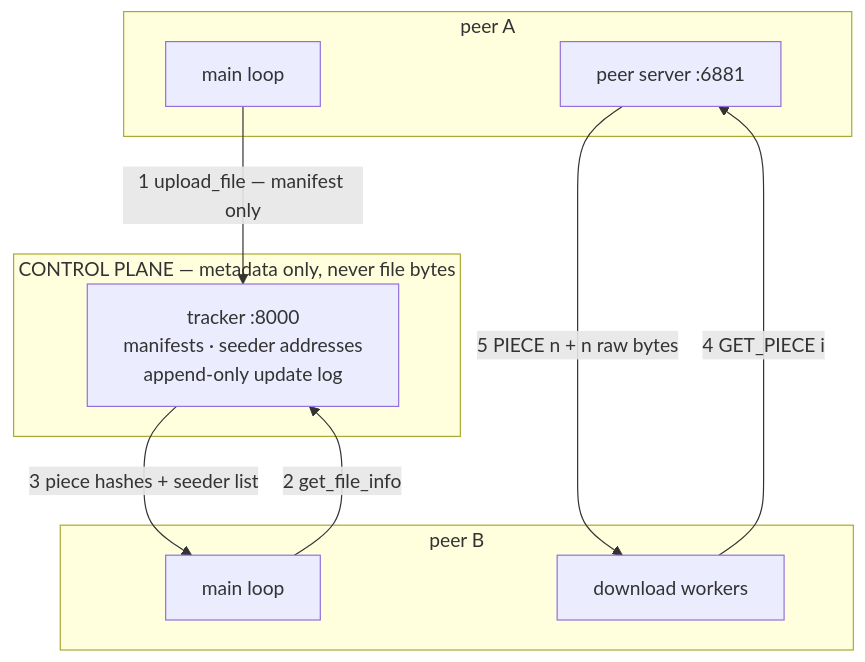
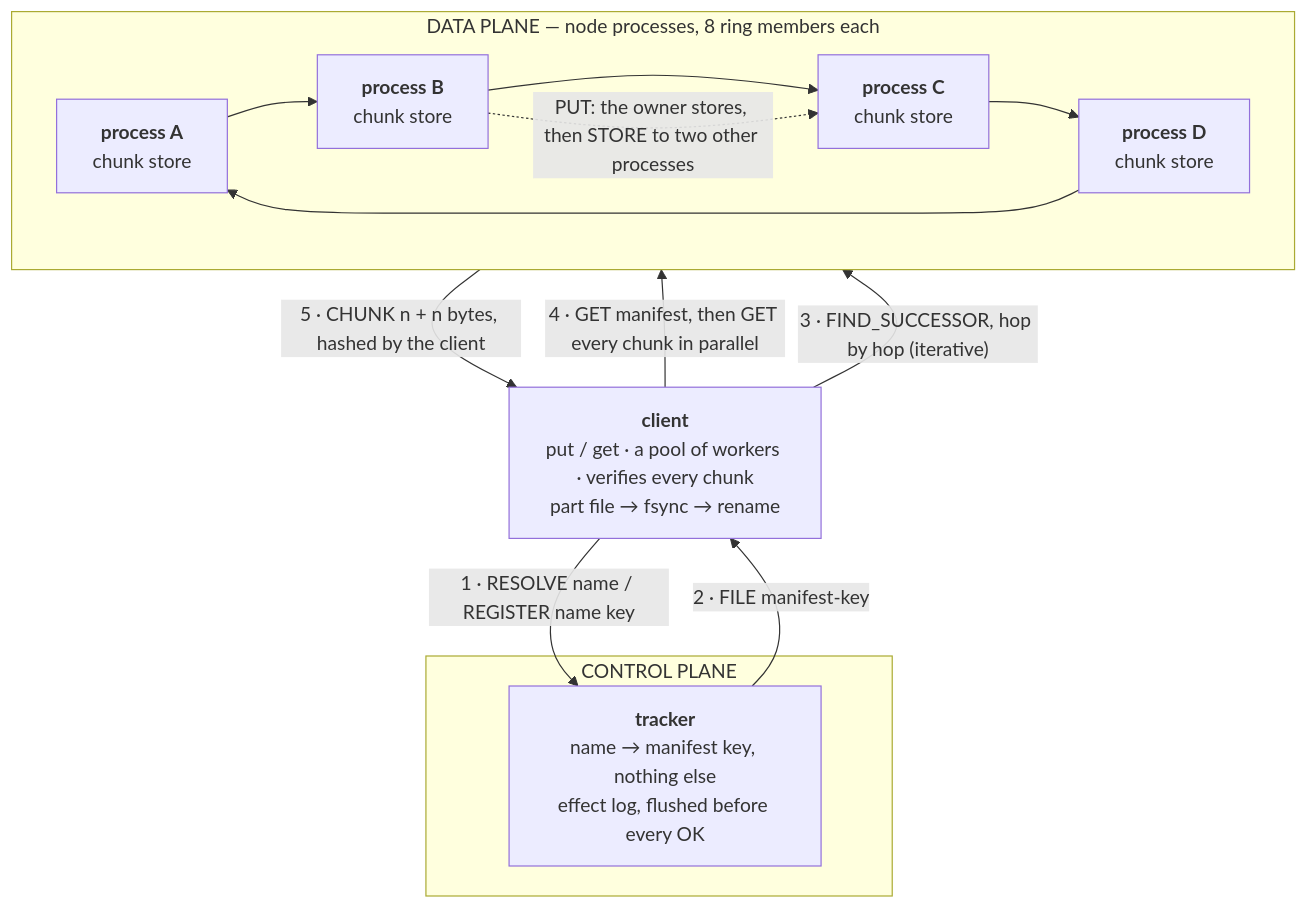
Before and after one commit to ChaitanyaShah21/chord-dht-filesystem: the first of 2 diagrams in README.md, drawn with Mermaid. The commit also changed other lines of this file and 3 other files, not shown here.

Commit message:
describe the system as it now exists: files through the ring, the namespace tracker

````diff
--- a/README.md
+++ b/README.md
@@ -192,22 +192,20 @@
 ```mermaid
 flowchart TB
-    subgraph control["CONTROL PLANE — metadata only, never file bytes"]
-        T["tracker :8000<br/>manifests · seeder addresses<br/>append-only update log"]
+    C["<b>client</b><br/>put / get · a pool of workers · verifies every chunk<br/>part file → fsync → rename"]
+
+    subgraph control["CONTROL PLANE"]
+        T["<b>tracker</b><br/>name → manifest key, nothing else<br/>effect log, flushed before every OK"]
     end
 
-    subgraph peerA["peer A"]
-        A1["main loop"]
-        A2["peer server :6881"]
+    subgraph ring["DATA PLANE — node processes, 8 ring members each"]
+        direction LR
+        P1["<b>process A</b><br/>chunk store"] --> P2["<b>process B</b><br/>chunk store"] --> P3["<b>process C</b><br/>chunk store"] --> P4["<b>process D</b><br/>chunk store"] --> P1
     end
 
-    subgraph peerB["peer B"]
-        B1["main loop"]
-        B3["download workers"]
-    end
-
-    A1 -- "1 upload_file — manifest only" --> T
-    B1 -- "2 get_file_info" --> T
-    T -- "3 piece hashes + seeder list" --> B1
-    B3 -- "4 GET_PIECE i" --> A2
-    A2 -- "5 PIECE n + n raw bytes" --> B3
+    C -- "1 · RESOLVE name / REGISTER name key" --> T
+    T -- "2 · FILE manifest-key" --> C
+    C -- "3 · FIND_SUCCESSOR, hop by hop (iterative)" --> ring
+    C -- "4 · GET manifest, then GET every chunk in parallel" --> P2
+    P2 -- "5 · CHUNK n + n bytes, hashed by the client" --> C
+    P2 -. "PUT: the owner stores, then STORE to two other processes" .-> P3
 ```
````
